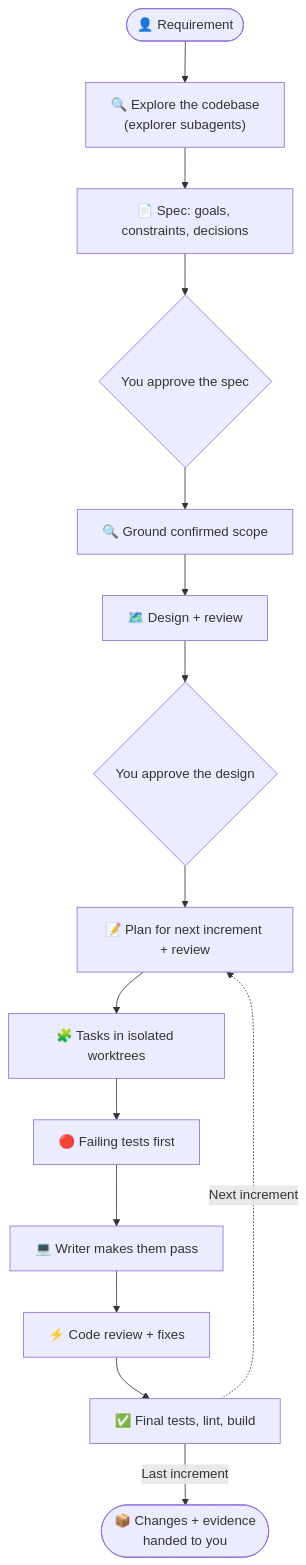
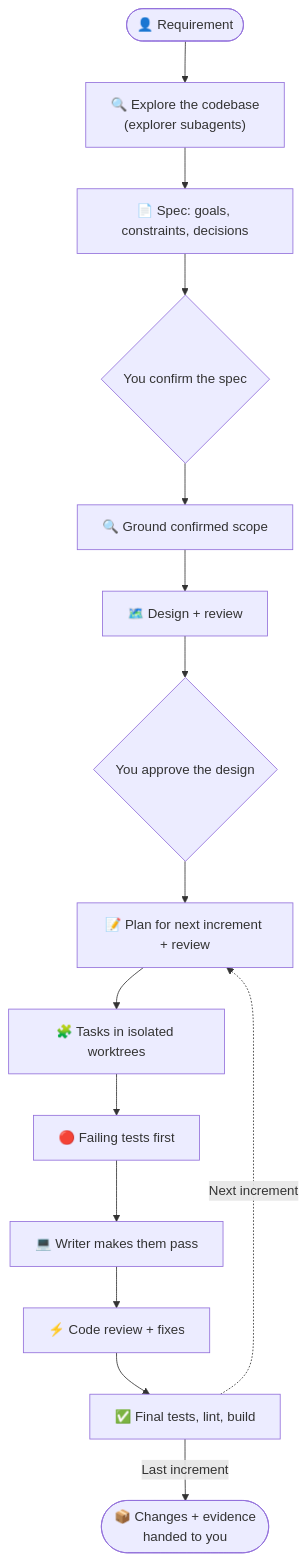
One commit to Gyunikuchan/dispatch-skills changed the diagram in README.md. Above: the diagram before and after it, drawn with Mermaid. The commit also changed other lines of this file and 64 other files, not shown here.

````diff
--- a/README.md
+++ b/README.md
@@ -27,17 +27,17 @@
 ```mermaid
 flowchart TD
     User(["👤 Requirement"]) --> Ground["🔍 Explore the codebase<br/>(explorer subagents)"]
     Ground --> Spec["📄 Spec: goals, constraints, decisions"]
-    Spec --> SpecGate{"You approve the spec"}
+    Spec --> SpecGate{"You confirm the spec"}
     SpecGate --> ScopeGround["🔍 Ground confirmed scope"]
     ScopeGround --> Design["🗺️ Design + review"]
     Design --> DesignGate{"You approve the design"}
     DesignGate --> Plan["📝 Plan for next increment + review"]
     Plan --> Tasks["🧩 Tasks in isolated worktrees"]
     Tasks --> Red["🔴 Failing tests first"]
     Red --> Green["💻 Writer makes them pass"]
     Green --> CodeReview["⚡ Code review + fixes"]
     CodeReview --> Final["✅ Final tests, lint, build"]
     Final -.->|Next increment| Plan
     Final -->|Last increment| Handoff(["📦 Changes + evidence<br/>handed to you"])
 ```
````
